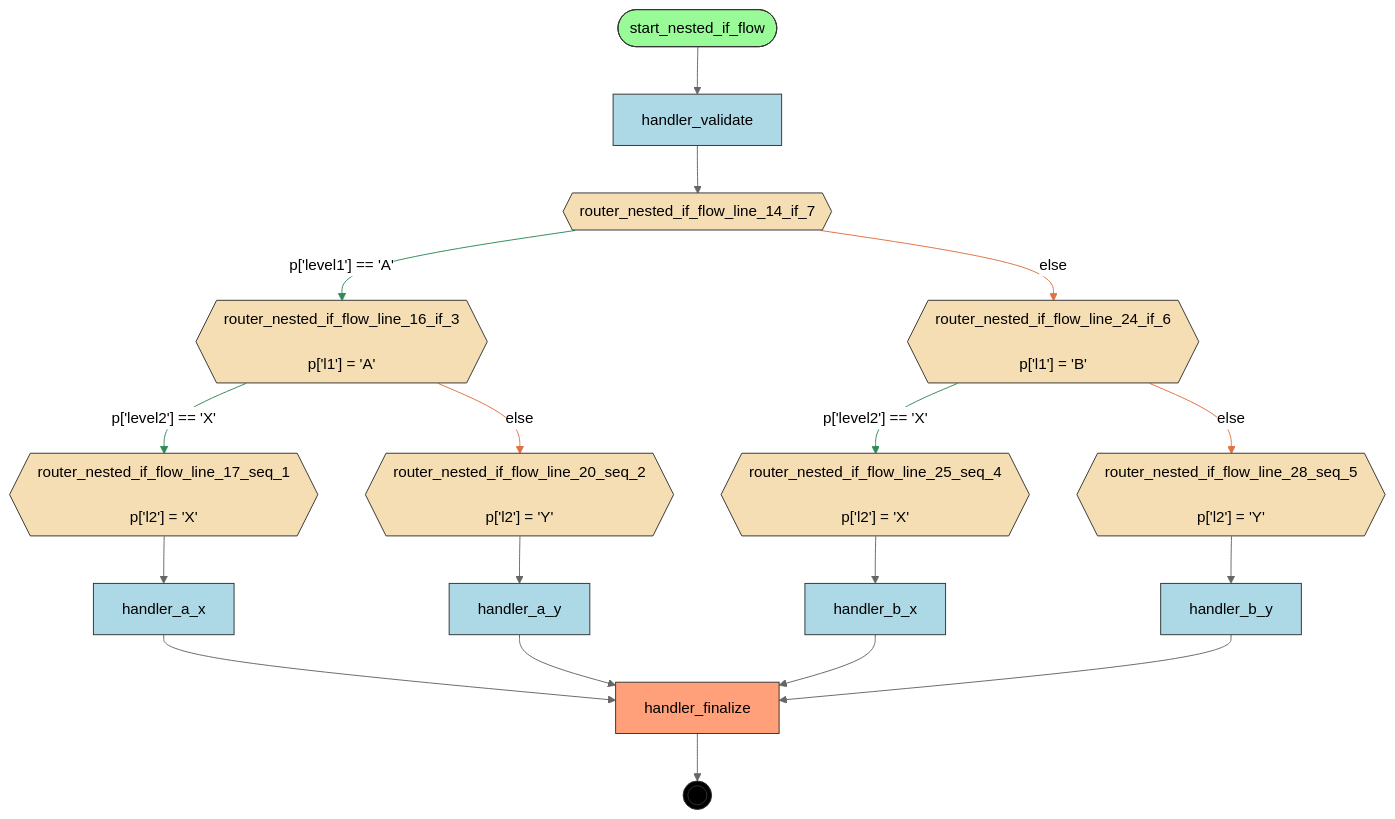
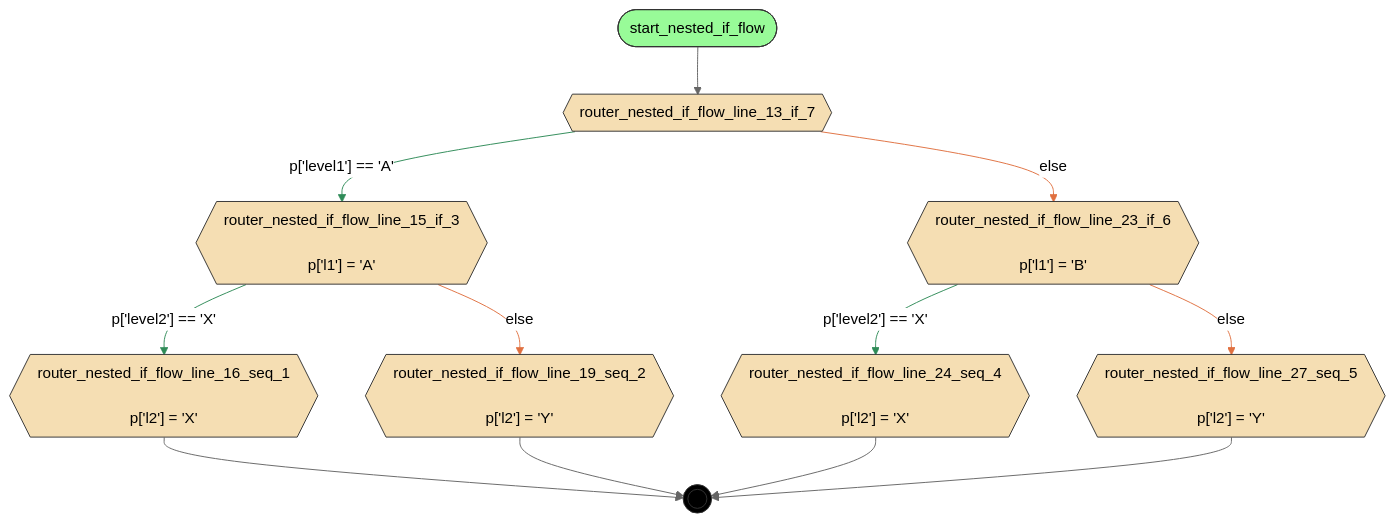
One commit to deliveryhero/asya changed the diagram in examples/flows/compiled/nested_if/flow.mmd. Above: the diagram before and after it, drawn with Mermaid (neutral theme). The commit also changed 1203 other files, not shown here.

```diff
--- a/examples/flows/compiled/nested_if/flow.mmd
+++ b/examples/flows/compiled/nested_if/flow.mmd
@@ -1,49 +1,35 @@
 flowchart TD
     %% Flow: nested_if_flow
 
-    handler_a_x[handler_a_x]
-    handler_a_y[handler_a_y]
-    handler_b_x[handler_b_x]
-    handler_b_y[handler_b_y]
-    handler_finalize[handler_finalize]
-    handler_validate[handler_validate]
-    router_nested_if_flow_line_14_if_7{{router_nested_if_flow_line_14_if_7}}
-    router_nested_if_flow_line_16_if_3{{"router_nested_if_flow_line_16_if_3<br/><br/>p['l1'] = 'A'"}}
-    router_nested_if_flow_line_17_seq_1{{"router_nested_if_flow_line_17_seq_1<br/><br/>p['l2'] = 'X'"}}
-    router_nested_if_flow_line_20_seq_2{{"router_nested_if_flow_line_20_seq_2<br/><br/>p['l2'] = 'Y'"}}
-    router_nested_if_flow_line_24_if_6{{"router_nested_if_flow_line_24_if_6<br/><br/>p['l1'] = 'B'"}}
-    router_nested_if_flow_line_25_seq_4{{"router_nested_if_flow_line_25_seq_4<br/><br/>p['l2'] = 'X'"}}
-    router_nested_if_flow_line_28_seq_5{{"router_nested_if_flow_line_28_seq_5<br/><br/>p['l2'] = 'Y'"}}
+    router_nested_if_flow_line_13_if_7{{router_nested_if_flow_line_13_if_7}}
+    router_nested_if_flow_line_15_if_3{{"router_nested_if_flow_line_15_if_3<br/><br/>p['l1'] = 'A'"}}
+    router_nested_if_flow_line_16_seq_1{{"router_nested_if_flow_line_16_seq_1<br/><br/>p['l2'] = 'X'"}}
+    router_nested_if_flow_line_19_seq_2{{"router_nested_if_flow_line_19_seq_2<br/><br/>p['l2'] = 'Y'"}}
+    router_nested_if_flow_line_23_if_6{{"router_nested_if_flow_line_23_if_6<br/><br/>p['l1'] = 'B'"}}
+    router_nested_if_flow_line_24_seq_4{{"router_nested_if_flow_line_24_seq_4<br/><br/>p['l2'] = 'X'"}}
+    router_nested_if_flow_line_27_seq_5{{"router_nested_if_flow_line_27_seq_5<br/><br/>p['l2'] = 'Y'"}}
     start_nested_if_flow([start_nested_if_flow])
     __end__((( )))
 
-    start_nested_if_flow --> handler_validate
-    handler_validate --> router_nested_if_flow_line_14_if_7
-    router_nested_if_flow_line_17_seq_1 --> handler_a_x
-    router_nested_if_flow_line_20_seq_2 --> handler_a_y
-    router_nested_if_flow_line_16_if_3 -->|"p['level2'] == 'X'"| router_nested_if_flow_line_17_seq_1
-    router_nested_if_flow_line_16_if_3 -->|"else"| router_nested_if_flow_line_20_seq_2
-    router_nested_if_flow_line_25_seq_4 --> handler_b_x
-    router_nested_if_flow_line_28_seq_5 --> handler_b_y
-    router_nested_if_flow_line_24_if_6 -->|"p['level2'] == 'X'"| router_nested_if_flow_line_25_seq_4
-    router_nested_if_flow_line_24_if_6 -->|"else"| router_nested_if_flow_line_28_seq_5
-    router_nested_if_flow_line_14_if_7 -->|"p['level1'] == 'A'"| router_nested_if_flow_line_16_if_3
-    router_nested_if_flow_line_14_if_7 -->|"else"| router_nested_if_flow_line_24_if_6
-    handler_a_x --> handler_finalize
-    handler_a_y --> handler_finalize
-    handler_b_x --> handler_finalize
-    handler_b_y --> handler_finalize
-    handler_finalize --> __end__
+    start_nested_if_flow --> router_nested_if_flow_line_13_if_7
+    router_nested_if_flow_line_15_if_3 -->|"p['level2'] == 'X'"| router_nested_if_flow_line_16_seq_1
+    router_nested_if_flow_line_15_if_3 -->|"else"| router_nested_if_flow_line_19_seq_2
+    router_nested_if_flow_line_23_if_6 -->|"p['level2'] == 'X'"| router_nested_if_flow_line_24_seq_4
+    router_nested_if_flow_line_23_if_6 -->|"else"| router_nested_if_flow_line_27_seq_5
+    router_nested_if_flow_line_13_if_7 -->|"p['level1'] == 'A'"| router_nested_if_flow_line_15_if_3
+    router_nested_if_flow_line_13_if_7 -->|"else"| router_nested_if_flow_line_23_if_6
+    router_nested_if_flow_line_16_seq_1 --> __end__
+    router_nested_if_flow_line_19_seq_2 --> __end__
+    router_nested_if_flow_line_24_seq_4 --> __end__
+    router_nested_if_flow_line_27_seq_5 --> __end__
 
     classDef start fill:#98FB98,stroke:#333
     classDef endnode fill:#FFA07A,stroke:#333
     classDef router fill:#F5DEB3,stroke:#333
     classDef handler fill:#ADD8E6,stroke:#333
     classDef endpoint fill:#000,stroke:#333,color:#fff
     class start_nested_if_flow start
-    class handler_finalize endnode
-    class router_nested_if_flow_line_14_if_7,router_nested_if_flow_line_16_if_3,router_nested_if_flow_line_17_seq_1,router_nested_if_flow_line_20_seq_2,router_nested_if_flow_line_24_if_6,router_nested_if_flow_line_25_seq_4,router_nested_if_flow_line_28_seq_5 router
-    class handler_a_x,handler_a_y,handler_b_x,handler_b_y,handler_validate handler
+    class router_nested_if_flow_line_13_if_7,router_nested_if_flow_line_15_if_3,router_nested_if_flow_line_16_seq_1,router_nested_if_flow_line_19_seq_2,router_nested_if_flow_line_23_if_6,router_nested_if_flow_line_24_seq_4,router_nested_if_flow_line_27_seq_5 router
     class __end__ endpoint
-    linkStyle 4,8,10 stroke:#2E8B57
-    linkStyle 5,9,11 stroke:#E07040
+    linkStyle 1,3,5 stroke:#2E8B57
+    linkStyle 2,4,6 stroke:#E07040
```
